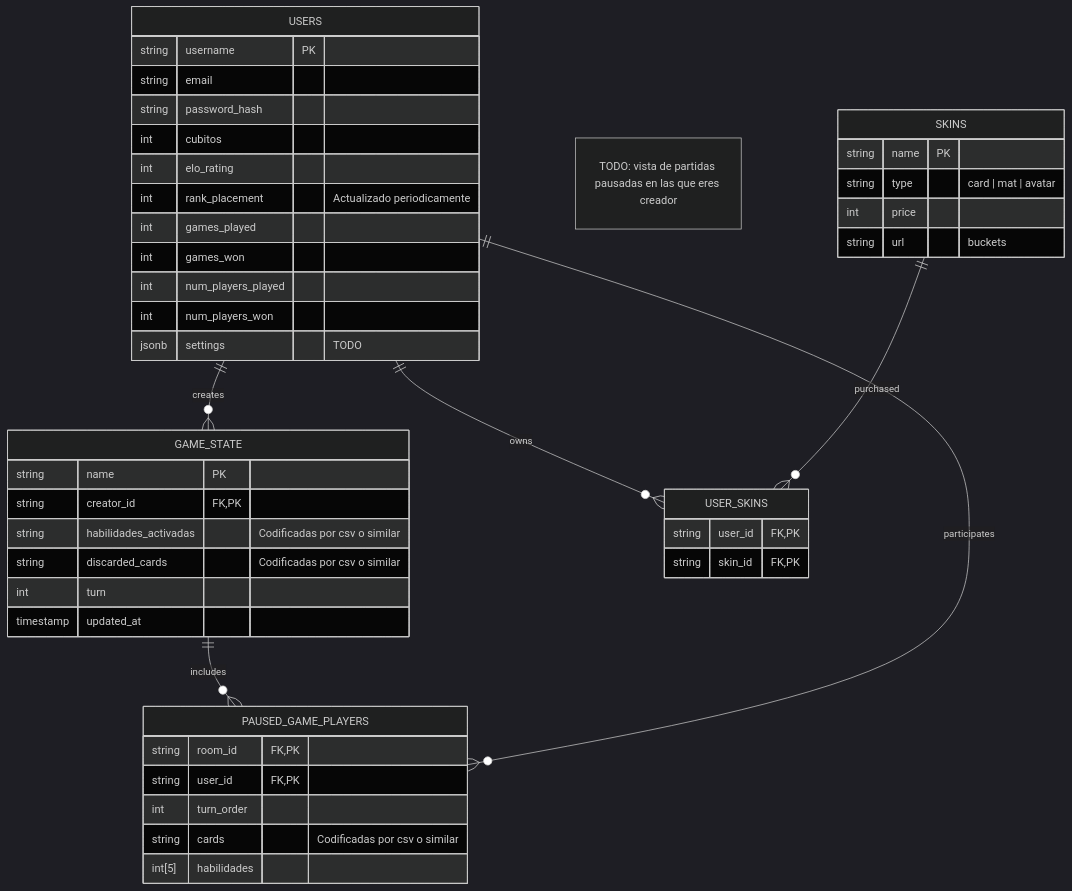
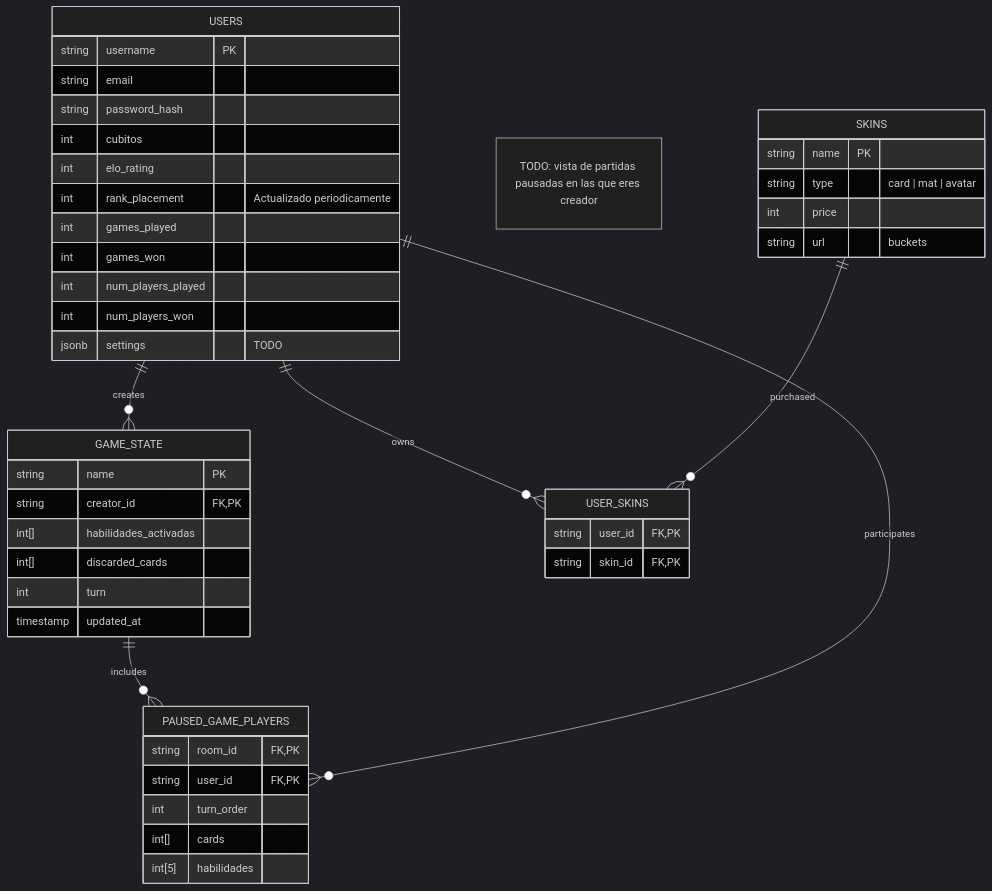
One commit to UNIZAR-30226-2026-03/cuadrado-backend changed the diagram in modeloER.md. Above: the diagram before and after it, drawn with Mermaid (dark theme).

Commit message:
listas de cartas y habilidades almacenadas en arrays, no codificadas en strings.

````diff
--- a/modeloER.md
+++ b/modeloER.md
@@ -1,52 +1,52 @@
 ```mermaid
 erDiagram
 
     USERS {
         string username PK
         string email
         string password_hash
         int cubitos
         int elo_rating
 		int rank_placement "Actualizado periodicamente"
         int games_played
         int games_won
 		int num_players_played
         int num_players_won
 		jsonb settings "TODO"
     }
 
     PAUSED_GAME_PLAYERS {
         string room_id FK, PK
         string user_id FK, PK
 		int turn_order
-		string cards "Codificadas por csv o similar"
+		int[] cards
 		int[5] habilidades
     } 
 
     GAME_STATE {
         string name PK
         string creator_id FK, PK 
-        string habilidades_activadas "Codificadas por csv o similar"
-		string discarded_cards "Codificadas por csv o similar"
+		int[] habilidades_activadas 
+		int[] discarded_cards
 		int turn
         timestamp updated_at
     } "TODO: vista de partidas pausadas en las que eres creador"
 
     SKINS {
         string name PK
         string type "card | mat | avatar"
         int price
 		string url "buckets"
     }
 
     USER_SKINS {
         string user_id FK,PK
         string skin_id FK,PK
     }
 
     USERS ||--o{ USER_SKINS : owns
     SKINS ||--o{ USER_SKINS : purchased
     USERS ||--o{ GAME_STATE : creates
     GAME_STATE ||--o{ PAUSED_GAME_PLAYERS : includes
     USERS ||--o{ PAUSED_GAME_PLAYERS : participates
 ```
````
